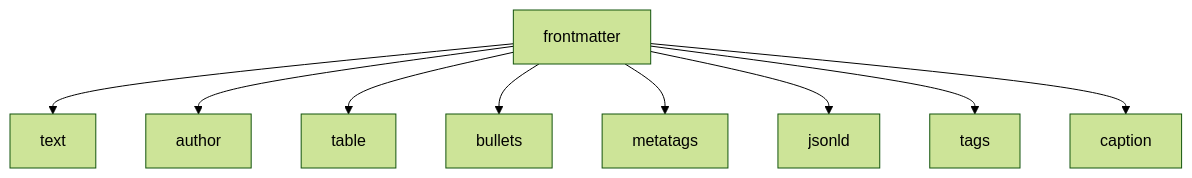
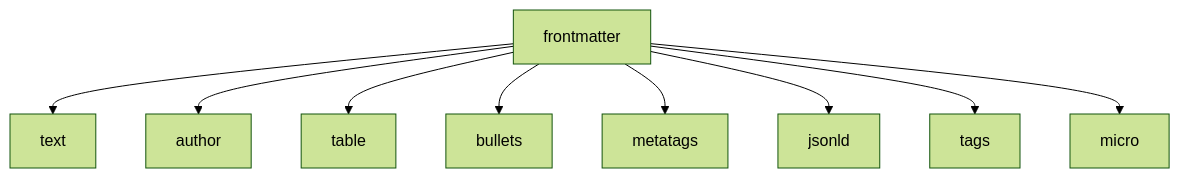
The diagram in docs/04-operations/CONTENT_GENERATION.md (Air2air/z-beam-generator), drawn with Mermaid (forest theme) before and after one commit. The commit also changed other lines of this file and 388 other files, not shown here.

````diff
--- a/docs/04-operations/CONTENT_GENERATION.md
+++ b/docs/04-operations/CONTENT_GENERATION.md
@@ -55,11 +55,11 @@
 ```mermaid
 graph TD
     A[frontmatter] --> B[text]
     A --> C[author]
     A --> D[table]
     A --> E[bullets]
     A --> F[metatags]
     A --> G[jsonld]
     A --> H[tags]
-    A --> I[caption]
+    A --> I[micro]
 ```
````
